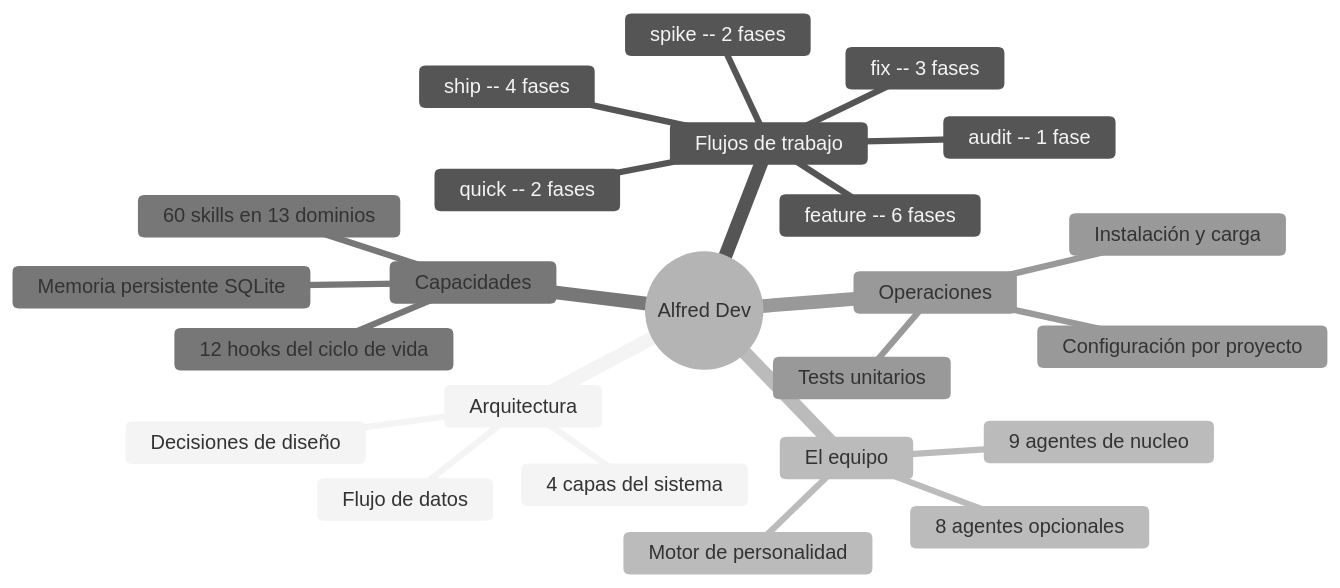
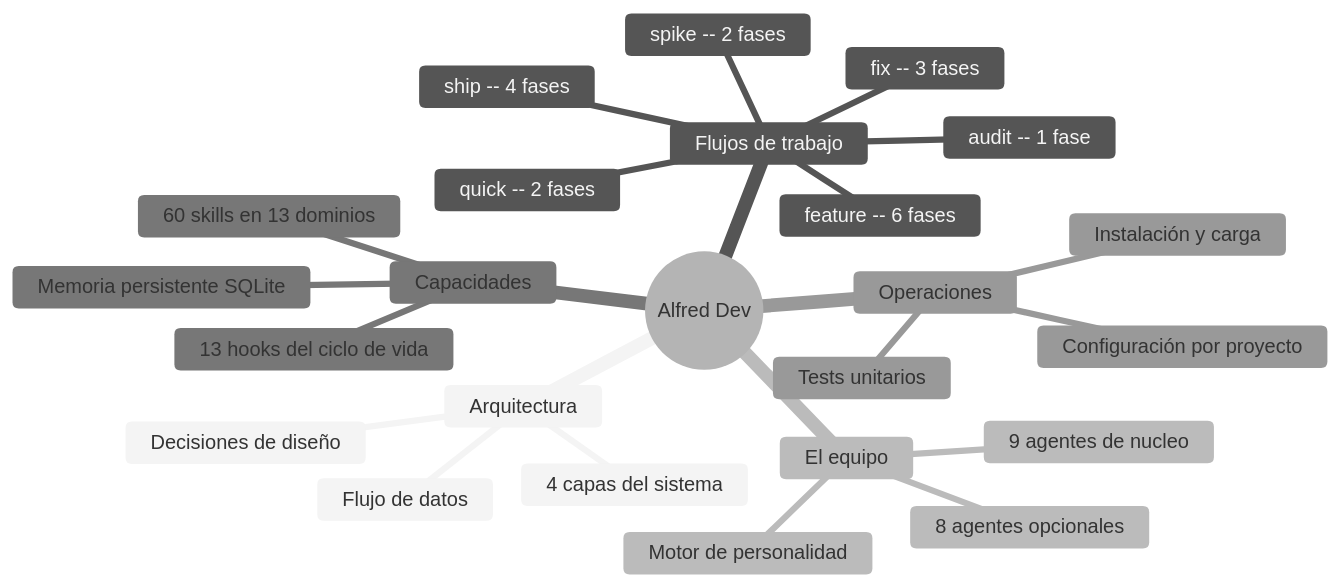
Before and after one commit to 686f6c61/alfred-dev: the diagram in docs/README.md, drawn with Mermaid (neutral theme). The commit also changed other lines of this file and 34 other files, not shown here.

````diff
--- a/docs/README.md
+++ b/docs/README.md
@@ -13,27 +13,27 @@
 ```mermaid
 mindmap
   root((Alfred Dev))
     Arquitectura
       4 capas del sistema
       Decisiones de diseño
       Flujo de datos
     Flujos de trabajo
       feature -- 6 fases
       fix -- 3 fases
       spike -- 2 fases
       ship -- 4 fases
       audit -- 1 fase
       quick -- 2 fases
     El equipo
       9 agentes de nucleo
       8 agentes opcionales
       Motor de personalidad
     Capacidades
       60 skills en 13 dominios
-      12 hooks del ciclo de vida
+      13 hooks del ciclo de vida
       Memoria persistente SQLite
     Operaciones
       Instalación y carga
       Configuración por proyecto
       Tests unitarios
 ```
````
